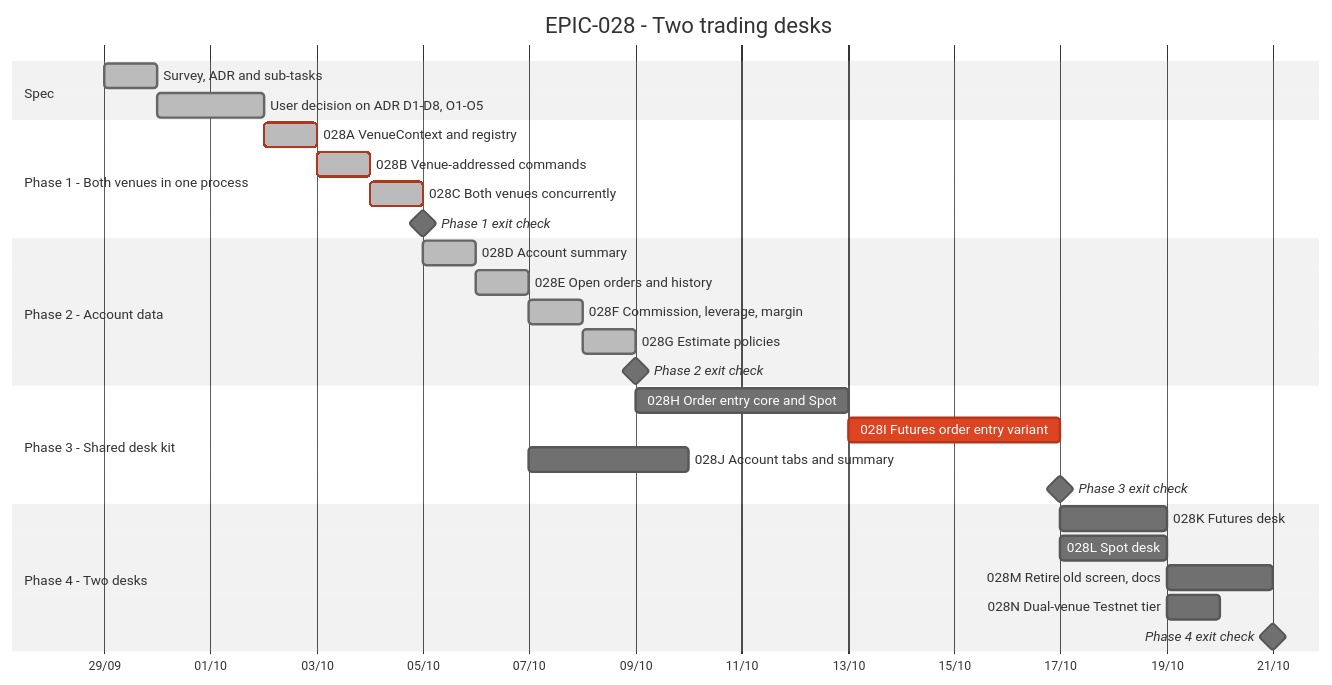
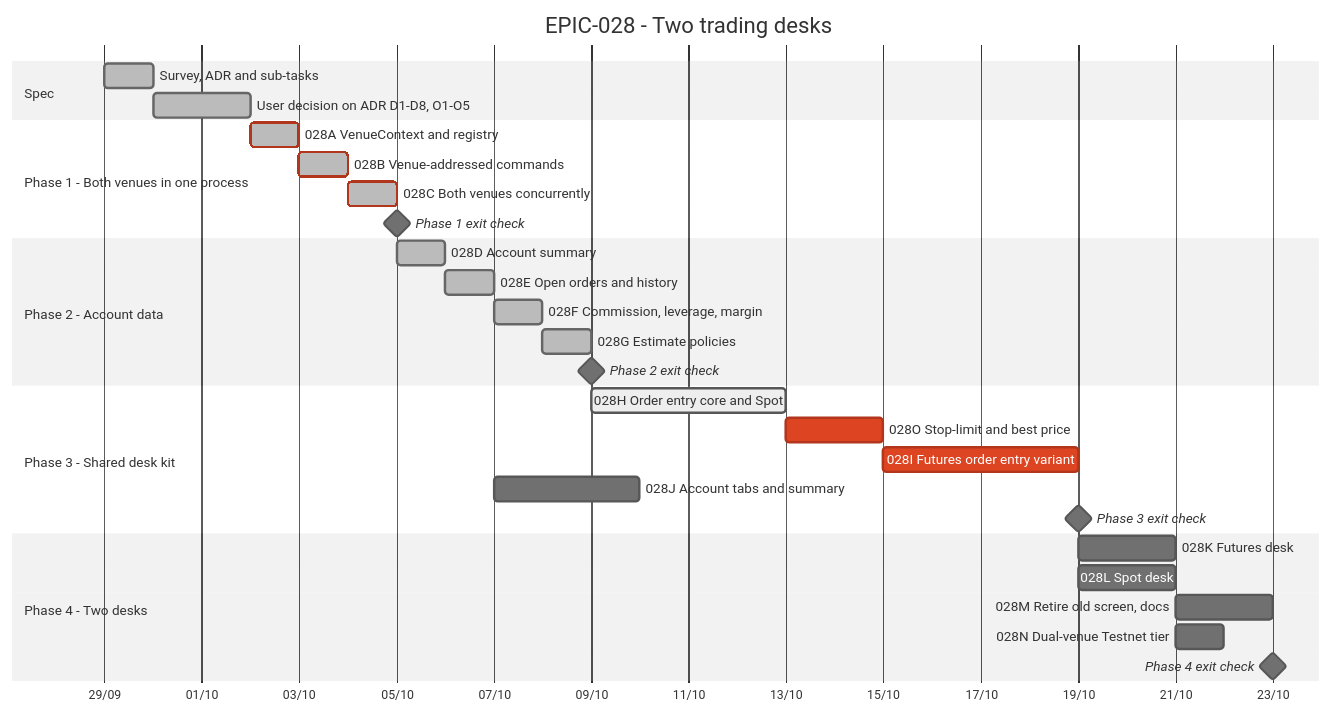
Before and after one commit to anhembedded/Sagittarius_Elite_Warrior: the diagram in Tasks/epics/EPIC-028_futures_and_spot_trading_desks/TRACKING.md, drawn with Mermaid (neutral theme). The commit also changed other lines of this file and 41 other files, not shown here.

````diff
--- a/Tasks/epics/EPIC-028_futures_and_spot_trading_desks/TRACKING.md
+++ b/Tasks/epics/EPIC-028_futures_and_spot_trading_desks/TRACKING.md
@@ -15,37 +15,38 @@
 ```mermaid
 gantt
     title EPIC-028 - Two trading desks
     dateFormat  YYYY-MM-DD
     axisFormat  %d/%m
     todayMarker stroke-width:2px,stroke:#d33,opacity:0.6
 
     section Spec
     Survey, ADR and sub-tasks              :done,    s1, 2026-09-29, 1d
     User decision on ADR D1-D8, O1-O5      :done,    s2, after s1, 2d
 
     section Phase 1 - Both venues in one process
     028A VenueContext and registry         :crit, done, a, after s2, 1d
     028B Venue-addressed commands          :crit, done, b, after a, 1d
     028C Both venues concurrently          :crit, done, c, after b, 1d
     Phase 1 exit check                     :milestone, m1, after c, 0d
 
     section Phase 2 - Account data
     028D Account summary                   :done,    d, after c, 1d
     028E Open orders and history           :done,    e, after d, 1d
     028F Commission, leverage, margin      :done,    f, after e, 1d
     028G Estimate policies                 :done,    g, after f, 1d
     Phase 2 exit check                     :milestone, m2, after g, 0d
 
     section Phase 3 - Shared desk kit
-    028H Order entry core and Spot         :         h, after g, 4d
-    028I Futures order entry variant       :crit,    i, after h, 4d
+    028H Order entry core and Spot         :active,  h, after g, 4d
+    028O Stop-limit and best price         :crit,    o, after h, 2d
+    028I Futures order entry variant       :crit,    i, after o, 4d
     028J Account tabs and summary          :         j, after e, 3d
     Phase 3 exit check                     :milestone, m3, after i, 0d
 
     section Phase 4 - Two desks
     028K Futures desk                      :         k, after m3, 2d
     028L Spot desk                         :         l, after m3, 2d
     028M Retire old screen, docs           :         mm, after k, 2d
     028N Dual-venue Testnet tier           :         n, after l, 1d
     Phase 4 exit check                     :milestone, m4, after mm, 0d
 ```
````
